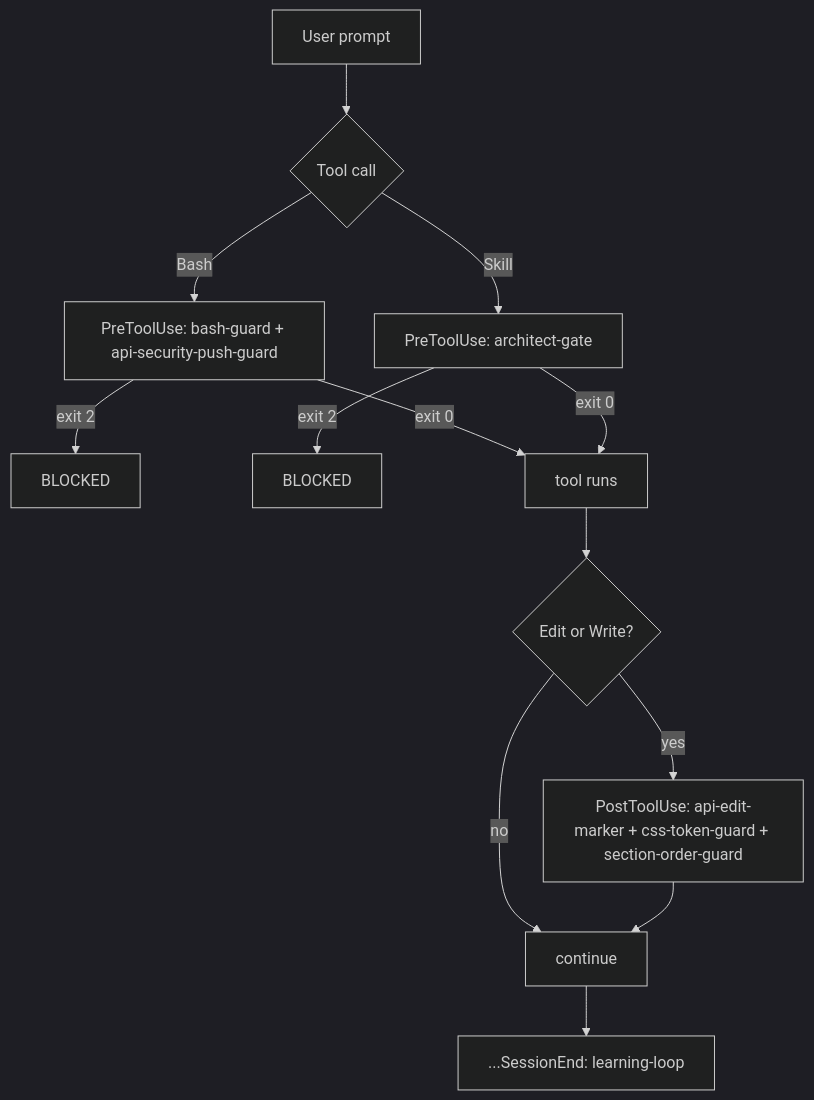
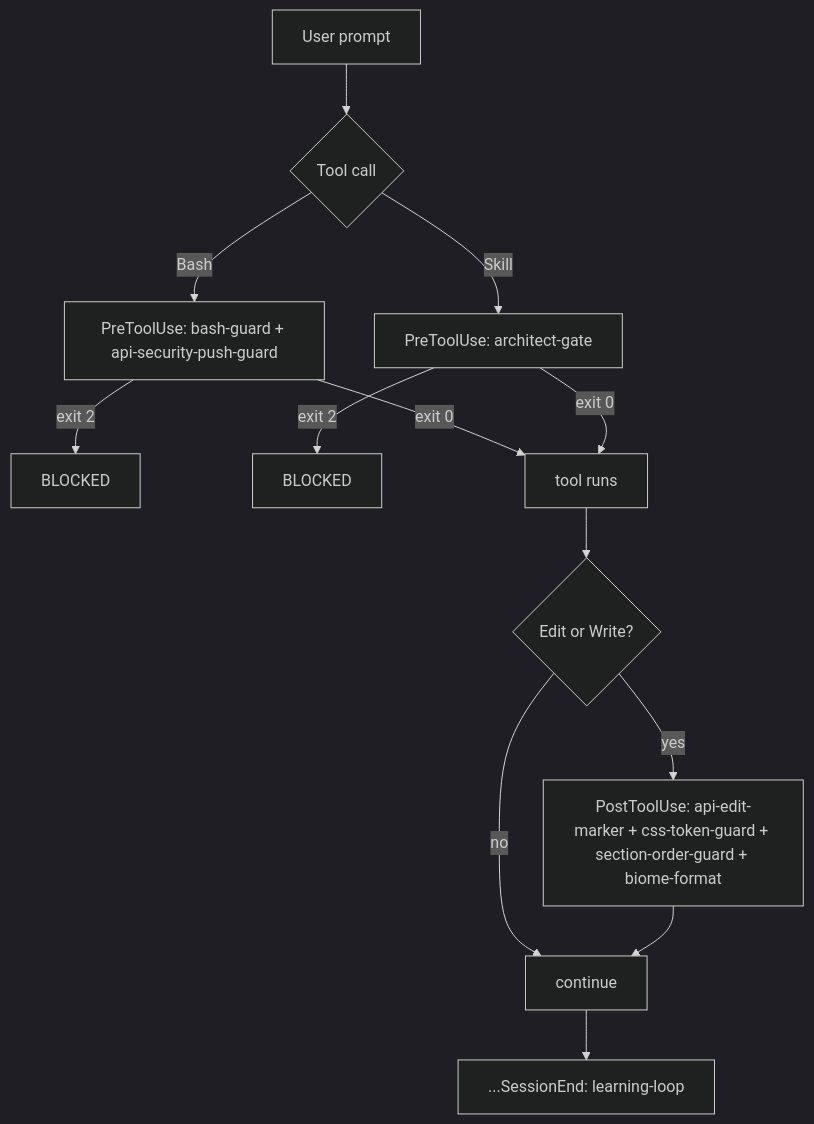
Before and after one commit to erikunha/portfolio: the first of 3 diagrams in docs/handbook/agents-skills-hooks-mcp.md, drawn with Mermaid (dark theme). The commit also changed other lines of this file and 12 other files, not shown here.

Commit message:
docs: sync ARCHITECTURE, handbook & README to current code state (#203)

````diff
--- a/docs/handbook/agents-skills-hooks-mcp.md
+++ b/docs/handbook/agents-skills-hooks-mcp.md
@@ -43,15 +45,15 @@
 ```mermaid
 flowchart TD
     prompt["User prompt"] --> tooluse{Tool call}
     tooluse -->|Bash| pre1["PreToolUse: bash-guard + api-security-push-guard"]
     tooluse -->|Skill| pre2["PreToolUse: architect-gate"]
     pre1 -->|exit 2| blocked1["BLOCKED"]
     pre2 -->|exit 2| blocked2["BLOCKED"]
     pre1 -->|exit 0| run["tool runs"]
     pre2 -->|exit 0| run
     run --> post{Edit or Write?}
-    post -->|yes| post1["PostToolUse: api-edit-marker + css-token-guard + section-order-guard"]
+    post -->|yes| post1["PostToolUse: api-edit-marker + css-token-guard + section-order-guard + biome-format"]
     post -->|no| done["continue"]
     post1 --> done
     done --> sessionend["...SessionEnd: learning-loop"]
 ```
````
